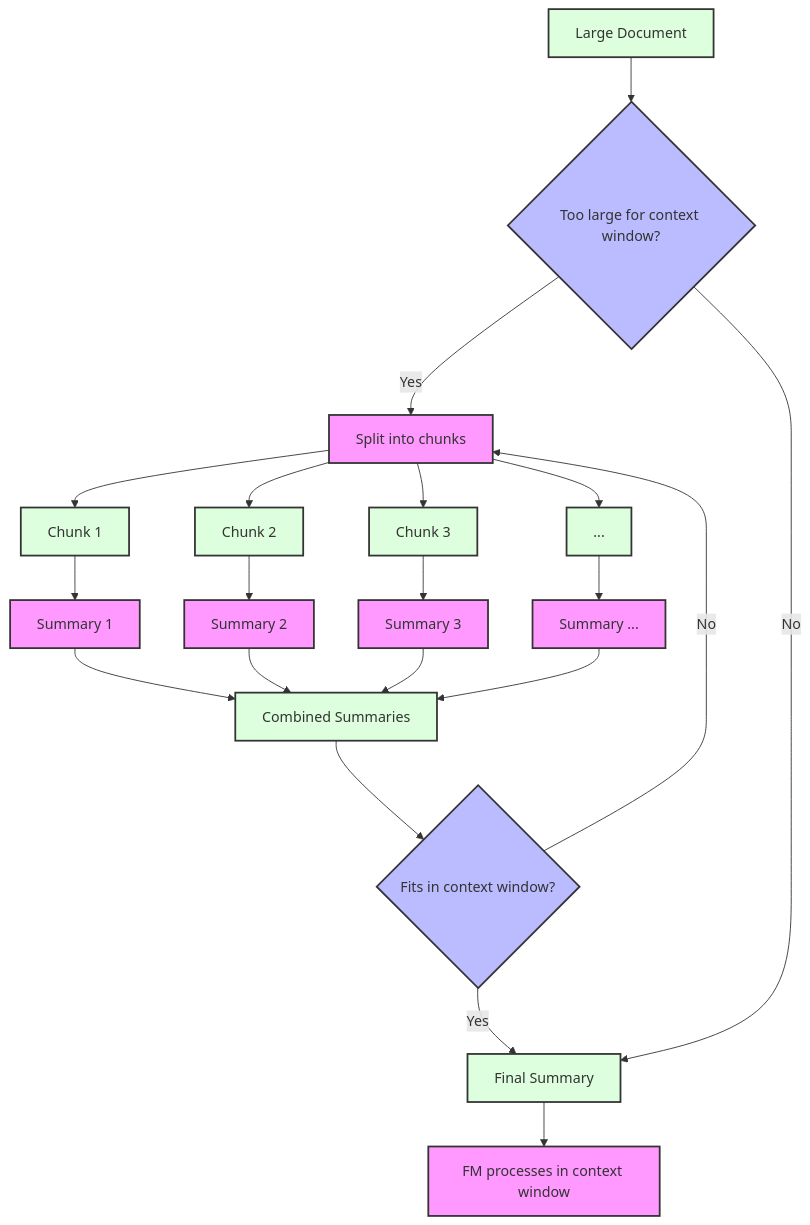
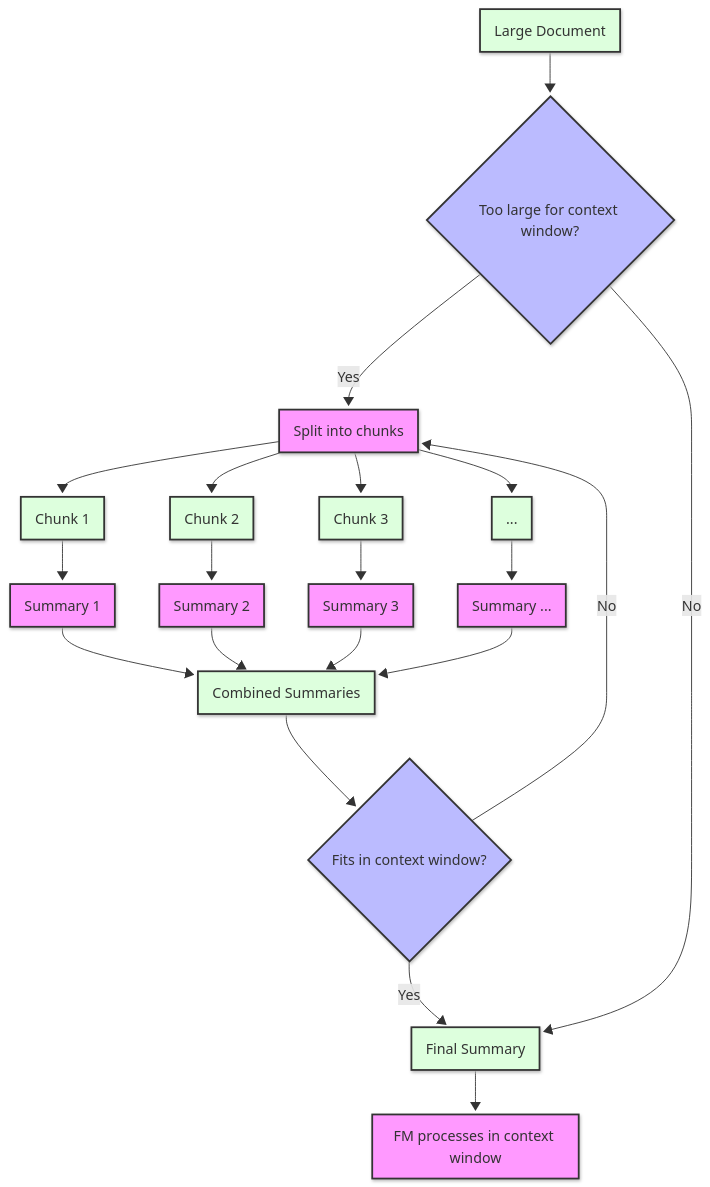
One commit to ojitha/ojitha.github.io changed the fourth of 4 diagrams in _posts/2025-04-27-AWS-LLM-Basics.md. Above: the diagram before and after it, drawn with Mermaid. The commit also changed other lines of this file, not shown here.

````diff
--- a/_posts/2025-04-27-AWS-LLM-Basics.md
+++ b/_posts/2025-04-27-AWS-LLM-Basics.md
@@ -487,30 +502,35 @@
 ```mermaid
+---
+config:
+  theme: mc
+  look: neo
+---
 flowchart TD
     A[Large Document] --> B{Too large for context window?}
     B -->|Yes| C[Split into chunks]
     C --> D[Chunk 1] & E[Chunk 2] & F[Chunk 3] & G[...]
     
     D --> H[Summary 1]
     E --> I[Summary 2]
     F --> J[Summary 3]
     G --> K[Summary ...]
     
     H & I & J & K --> L[Combined Summaries]
     
     L --> M{Fits in context window?}
     M -->|No| C
   
     
     M -->|Yes| P[Final Summary]
     B -->|No| P
     
     P --> Q[FM processes in context window]
     
     classDef process fill:#f9f,stroke:#333,stroke-width:2px;
     classDef decision fill:#bbf,stroke:#333,stroke-width:2px;
     classDef document fill:#dfd,stroke:#333,stroke-width:2px;
     
     class A,D,E,F,G,L,P document;
     class B,M decision;
     class C,H,I,J,K,N,O,Q process;
 ```
````
